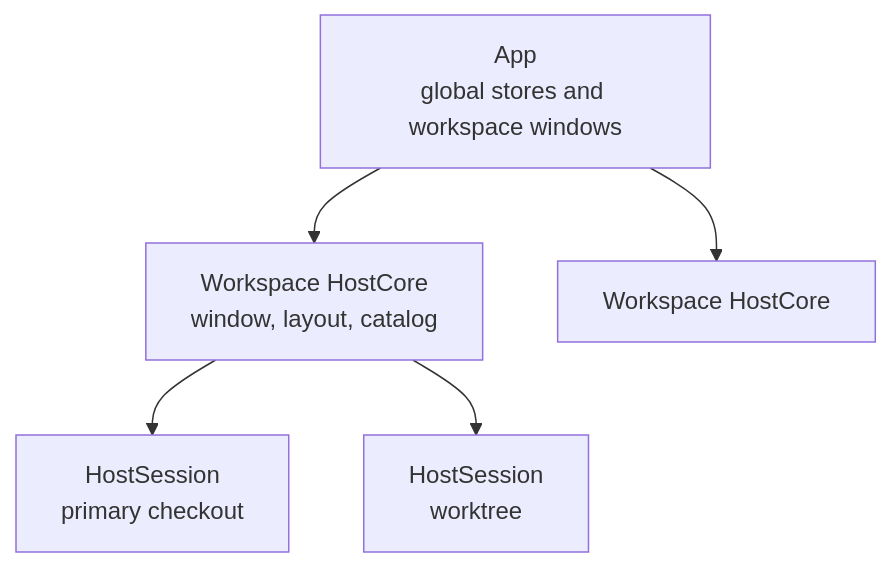
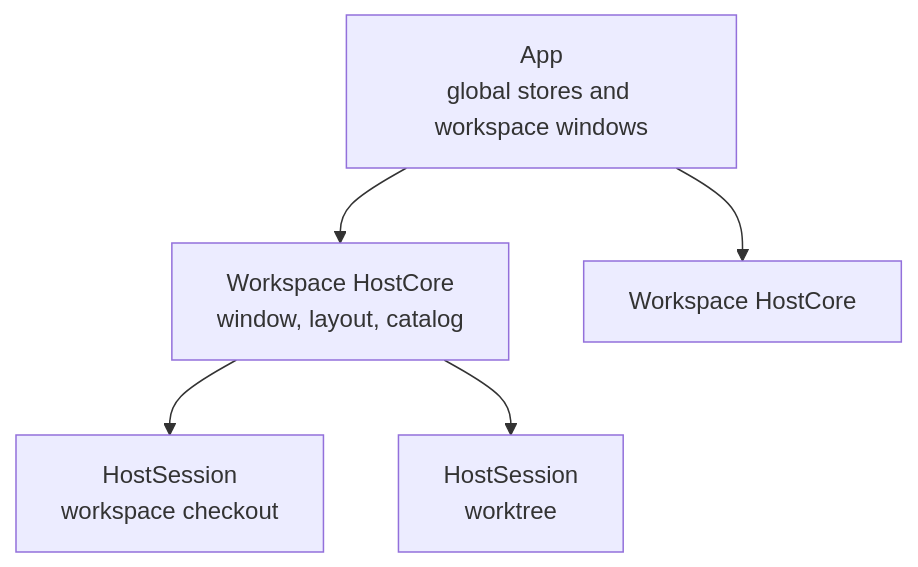
The diagram in docs/specs/file-management-and-sessions.md (Kapps/weavie), drawn with Mermaid before and after one commit. The commit also changed other lines of this file and 115 other files, not shown here.

````diff
--- a/docs/specs/file-management-and-sessions.md
+++ b/docs/specs/file-management-and-sessions.md
@@ -7,8 +7,8 @@
 ```mermaid
 graph TD
     A["App<br/>global stores and workspace windows"]
     A --> W1["Workspace HostCore<br/>window, layout, catalog"]
     A --> W2["Workspace HostCore"]
-    W1 --> S1["HostSession<br/>primary checkout"]
+    W1 --> S1["HostSession<br/>workspace checkout"]
     W1 --> S2["HostSession<br/>worktree"]
 ```
````
